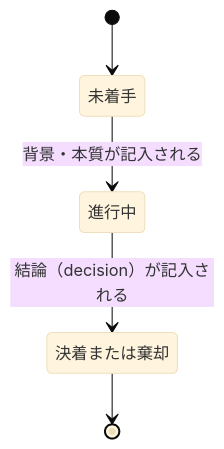
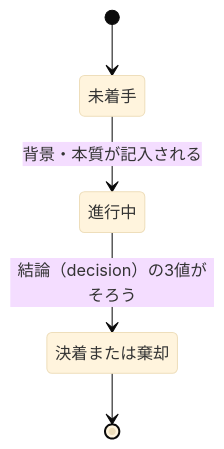
Before and after one commit to BlueEventHorizon/bw-cc-plugins: the diagram in docs/specs/consult/agenda/design/DES-077_agenda_display_design.md, drawn with Mermaid (base theme). The commit also changed other lines of this file and 15 other files, not shown here.

````diff
--- a/docs/specs/consult/agenda/design/DES-077_agenda_display_design.md
+++ b/docs/specs/consult/agenda/design/DES-077_agenda_display_design.md
@@ -97,7 +99,7 @@
 ```mermaid
 stateDiagram-v2
     [*] --> 未着手
     未着手 --> 進行中: 背景・本質が記入される
-    進行中 --> 決着または棄却: 結論（decision）が記入される
+    進行中 --> 決着または棄却: 結論（decision）の3値がそろう
     決着または棄却 --> [*]
 ```
````
